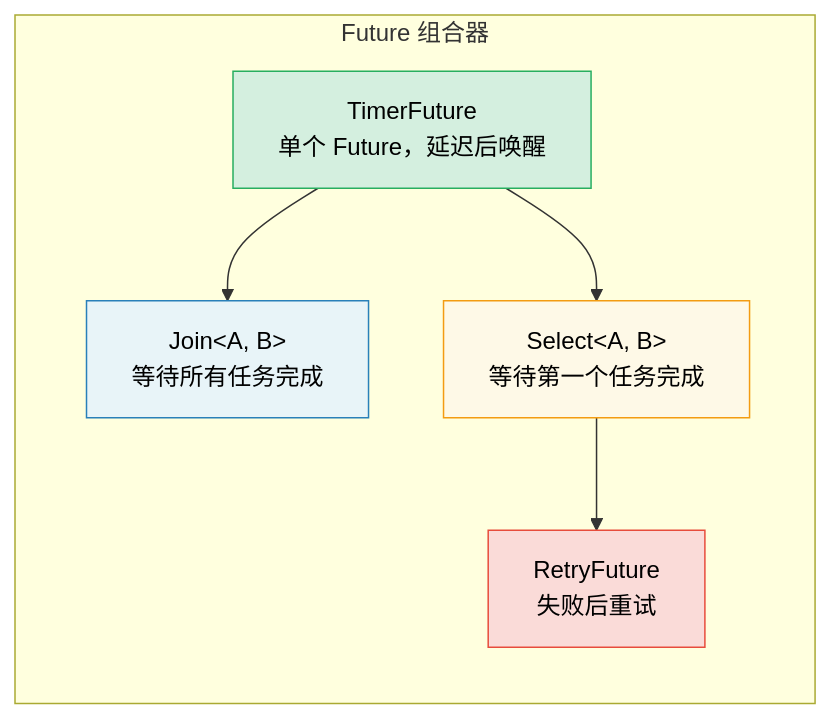
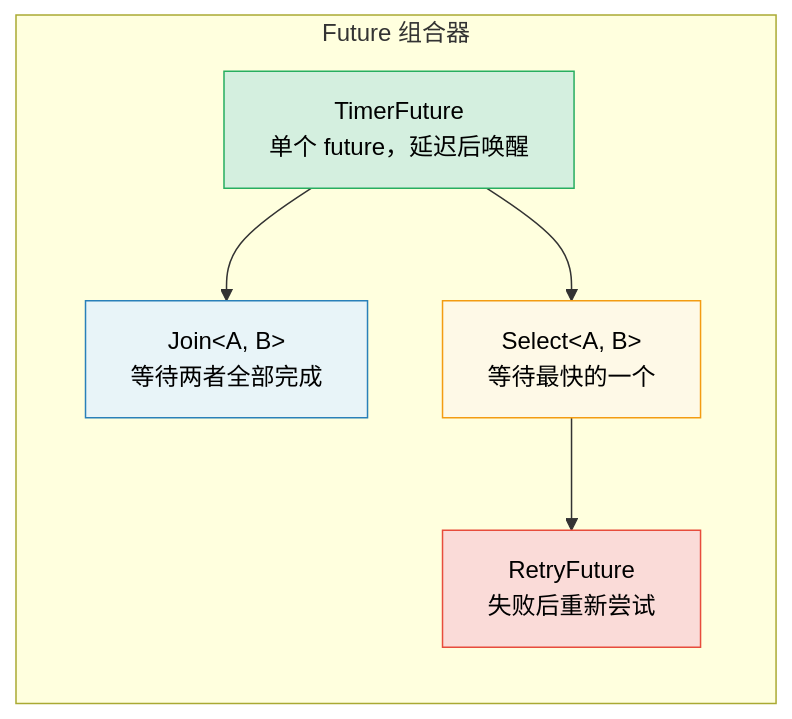
One commit to veegn/rust-training-zh changed the diagram in async-book/src/zh/ch06-building-futures-by-hand.md. Above: the diagram before and after it, drawn with Mermaid. The commit also changed other lines of this file and 354 other files, not shown here.

````diff
--- a/async-book/src/zh/ch06-building-futures-by-hand.md
+++ b/async-book/src/zh/ch06-building-futures-by-hand.md
@@ -172,19 +180,19 @@
 ```mermaid
 graph LR
     subgraph "Future 组合器"
         direction TB
-        TIMER["TimerFuture<br/>单个 Future，延迟后唤醒"]
-        JOIN["Join&lt;A, B&gt;<br/>等待所有任务完成"]
-        SELECT["Select&lt;A, B&gt;<br/>等待第一个任务完成"]
-        RETRY["RetryFuture<br/>失败后重试"]
+        TIMER["TimerFuture<br/>单个 future，延迟后唤醒"]
+        JOIN["Join&lt;A, B&gt;<br/>等待两者全部完成"]
+        SELECT["Select&lt;A, B&gt;<br/>等待最快的一个"]
+        RETRY["RetryFuture<br/>失败后重新尝试"]
     end
 
     TIMER --> JOIN
     TIMER --> SELECT
     SELECT --> RETRY
 
     style TIMER fill:#d4efdf,stroke:#27ae60,color:#000
     style JOIN fill:#e8f4f8,stroke:#2980b9,color:#000
     style SELECT fill:#fef9e7,stroke:#f39c12,color:#000
     style RETRY fill:#fadbd8,stroke:#e74c3c,color:#000
 ```
````
